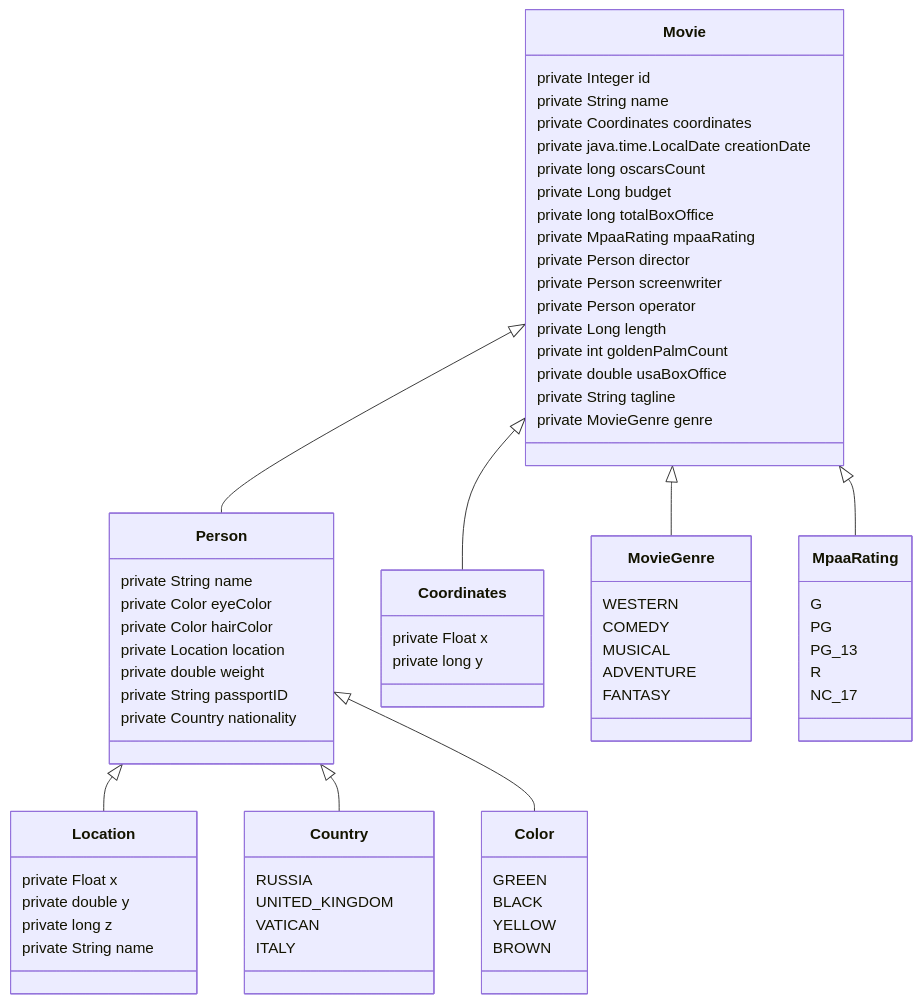
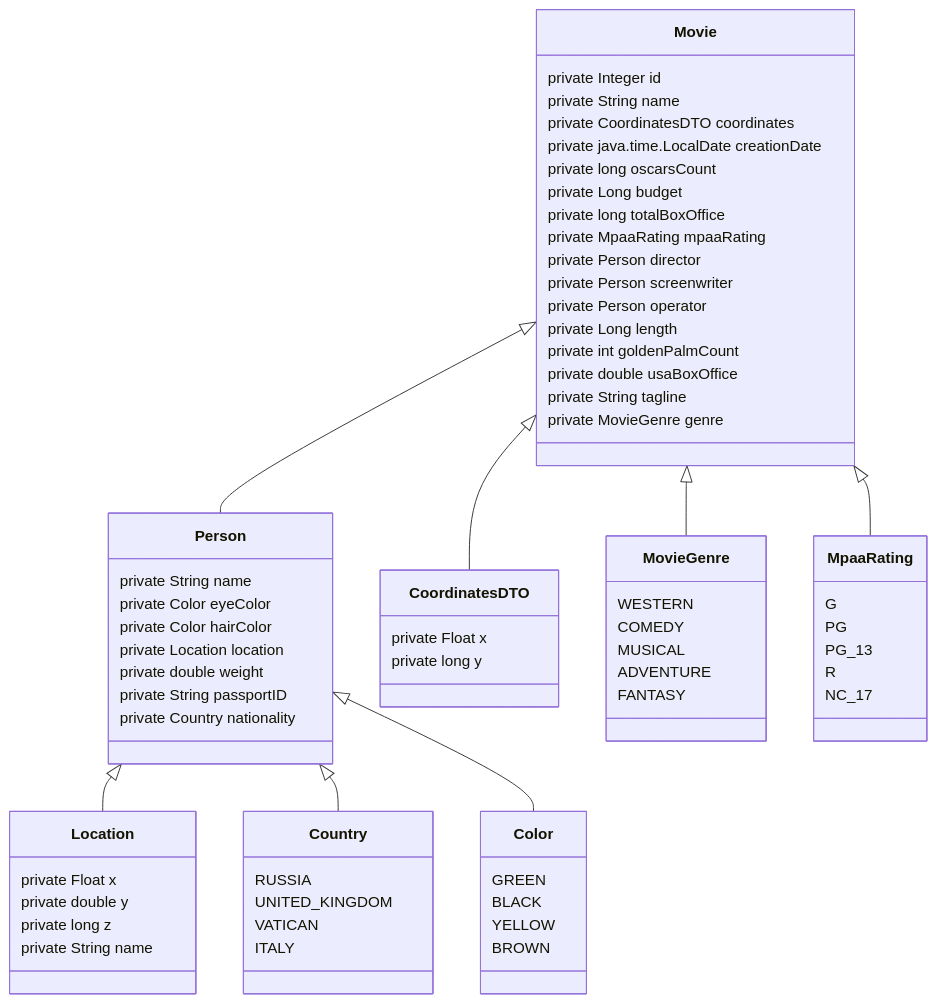
One commit to listoCheck/IS-lab1 changed the diagram in docs/service.md. Above: the diagram before and after it, drawn with Mermaid. The commit also changed 13 other files, not shown here.

````diff
--- a/docs/service.md
+++ b/docs/service.md
@@ -2,81 +2,81 @@
 ```mermaid
 ---
 config:
   layout: dagre
 ---
 classDiagram
     class Country {
         RUSSIA
         UNITED_KINGDOM
         VATICAN
         ITALY
     }
     class Location {
         private Float x
         private double y
         private long z
         private String name
     }
     class Person {
     private String name
     private Color eyeColor
     private Color hairColor
     private Location location
     private double weight
     private String passportID
     private Country nationality
     }
-    class Coordinates {
+    class CoordinatesDTO {
         private Float x
         private long y
     }
     class Movie {
         private Integer id
         private String name
-        private Coordinates coordinates
+        private CoordinatesDTO coordinates
         private java.time.LocalDate creationDate
         private long oscarsCount
         private Long budget
         private long totalBoxOffice
         private MpaaRating mpaaRating
         private Person director
         private Person screenwriter
         private Person operator
         private Long length
         private int goldenPalmCount
         private double usaBoxOffice
         private String tagline
         private MovieGenre genre
     }
     class Color {
     GREEN
     BLACK
     YELLOW
     BROWN
     }
     class MovieGenre {
     WESTERN
     COMEDY
     MUSICAL
     ADVENTURE
     FANTASY
     }
     class MpaaRating {
     G
     PG
     PG_13
     R
     NC_17
     }
-    Movie <|-- Coordinates
+    Movie <|-- CoordinatesDTO
     Movie <|-- MovieGenre
     Movie <|-- Person
     Movie <|-- MpaaRating
     Person <|-- Location
     Person <|-- Country
     Person <|-- Color
 
 
 
 
 ```
````
